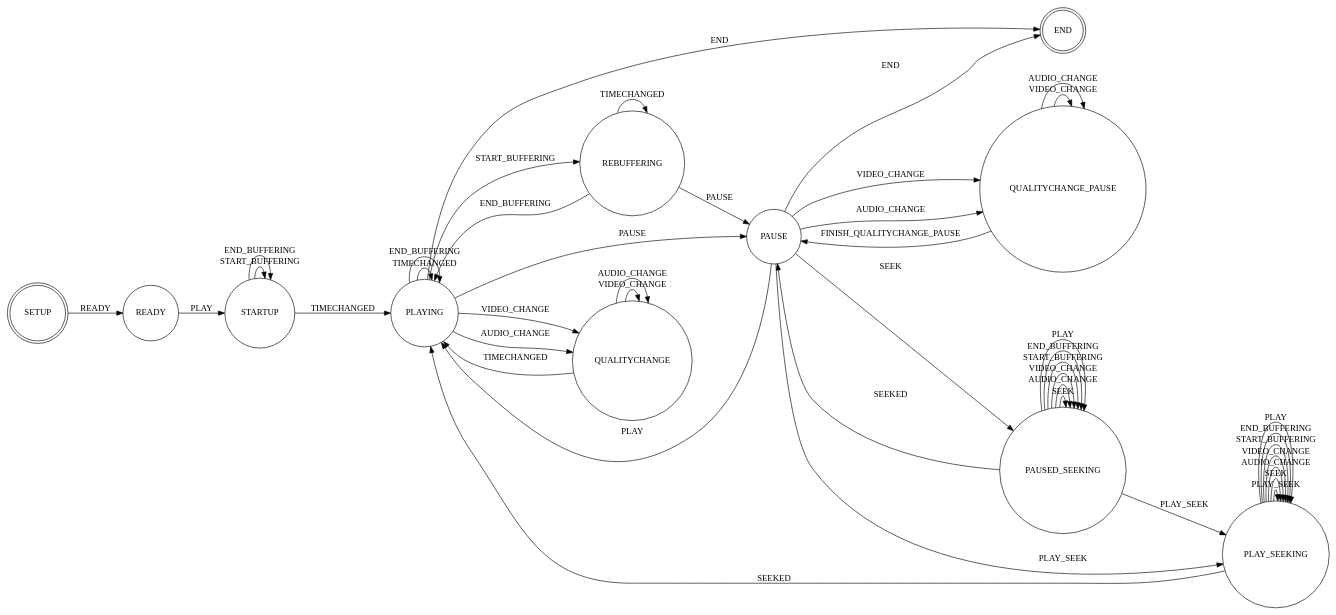
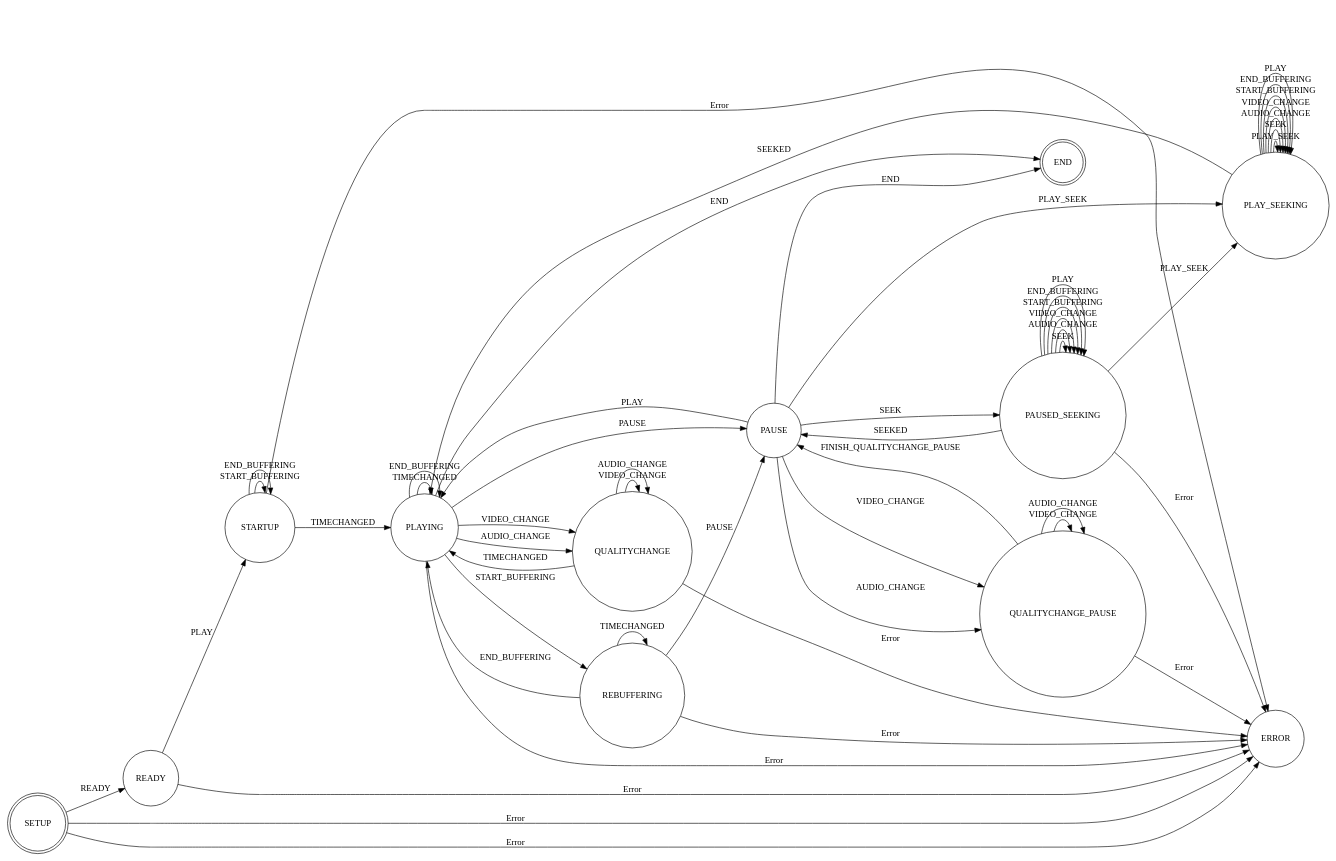
One commit to azarual/bitmovin-analytics-collector changed the diagram in js/states.puml. Above: the diagram before and after it, drawn with PlantUML.

Commit message:
Added error state to state diagram.

```diff
--- a/js/states.puml
+++ b/js/states.puml
@@ -1,59 +1,69 @@
 @startuml
 digraph finite_state_machine {
   rankdir=LR;
   node [shape = doublecircle]; SETUP END;
   node [shape = circle];
 
   SETUP -> READY [ label = "READY" ]
   READY -> STARTUP [ label = "PLAY" ]
 
   STARTUP -> STARTUP [ label = "START_BUFFERING" ]
   STARTUP -> STARTUP [ label = "END_BUFFERING" ]
   STARTUP -> PLAYING [ label = "TIMECHANGED" ]
 
   PLAYING -> PLAYING [ label = "TIMECHANGED" ]
   PLAYING -> PLAYING [ label = "END_BUFFERING" ]
   PLAYING -> REBUFFERING [ label = "START_BUFFERING" ]
   REBUFFERING -> PLAYING [ label = "END_BUFFERING" ]
   REBUFFERING -> REBUFFERING [ label = "TIMECHANGED" ]
 
   PLAYING -> PAUSE [ label = "PAUSE" ]
   REBUFFERING -> PAUSE [ label = "PAUSE" ]
   PAUSE -> PLAYING [ label = "PLAY" ]
 
   PLAYING -> QUALITYCHANGE [ label = "VIDEO_CHANGE" ]
   PLAYING -> QUALITYCHANGE [ label = "AUDIO_CHANGE" ]
   QUALITYCHANGE -> QUALITYCHANGE [ label = "VIDEO_CHANGE" ]
   QUALITYCHANGE -> QUALITYCHANGE [ label = "AUDIO_CHANGE" ]
   QUALITYCHANGE -> PLAYING [ label = "TIMECHANGED" ]
 
   PAUSE -> QUALITYCHANGE_PAUSE [ label = "VIDEO_CHANGE" ]
   PAUSE -> QUALITYCHANGE_PAUSE [ label = "AUDIO_CHANGE" ]
   QUALITYCHANGE_PAUSE -> QUALITYCHANGE_PAUSE [ label = "VIDEO_CHANGE" ]
   QUALITYCHANGE_PAUSE -> QUALITYCHANGE_PAUSE [ label = "AUDIO_CHANGE" ]
   QUALITYCHANGE_PAUSE -> PAUSE [ label = "FINISH_QUALITYCHANGE_PAUSE" ]
 
   PAUSE -> PAUSED_SEEKING [ label = "SEEK" ]
   PAUSED_SEEKING -> PAUSED_SEEKING [ label = "SEEK" ]
   PAUSED_SEEKING -> PAUSED_SEEKING [ label = "AUDIO_CHANGE" ]
   PAUSED_SEEKING -> PAUSED_SEEKING [ label = "VIDEO_CHANGE" ]
   PAUSED_SEEKING -> PAUSED_SEEKING [ label = "START_BUFFERING" ]
   PAUSED_SEEKING -> PAUSED_SEEKING [ label = "END_BUFFERING" ]
   PAUSED_SEEKING -> PAUSE [ label = "SEEKED" ]
   PAUSED_SEEKING -> PAUSED_SEEKING [ label = "PLAY" ]
 
   PAUSE -> PLAY_SEEKING [ label = "PLAY_SEEK" ]
   PAUSED_SEEKING -> PLAY_SEEKING [ label = "PLAY_SEEK" ]
   PLAY_SEEKING -> PLAY_SEEKING [ label = "PLAY_SEEK" ]
   PLAY_SEEKING -> PLAY_SEEKING [ label = "SEEK" ]
   PLAY_SEEKING -> PLAY_SEEKING [ label = "AUDIO_CHANGE" ]
   PLAY_SEEKING -> PLAY_SEEKING [ label = "VIDEO_CHANGE" ]
   PLAY_SEEKING -> PLAY_SEEKING [ label = "START_BUFFERING" ]
   PLAY_SEEKING -> PLAY_SEEKING [ label = "END_BUFFERING" ]
   PLAY_SEEKING -> PLAYING [ label = "SEEKED" ]
   PLAY_SEEKING -> PLAY_SEEKING [ label = "PLAY" ]
 
   PLAYING -> END [ label = "END" ]
   PAUSE -> END [ label = "END" ]
+
+  SETUP -> ERROR [ label = "Error" ]
+  READY -> ERROR [ label = "Error" ]
+  STARTUP -> ERROR [ label = "Error" ]
+  PLAYING -> ERROR [ label = "Error" ]
+  REBUFFERING -> ERROR [ label = "Error" ]
+  QUALITYCHANGE -> ERROR [ label = "Error" ]
+  QUALITYCHANGE_PAUSE -> ERROR [ label = "Error" ]
+  PAUSED_SEEKING -> ERROR [ label = "Error" ]
+  SETUP -> ERROR [ label = "Error" ]
 }
 @enduml
```
